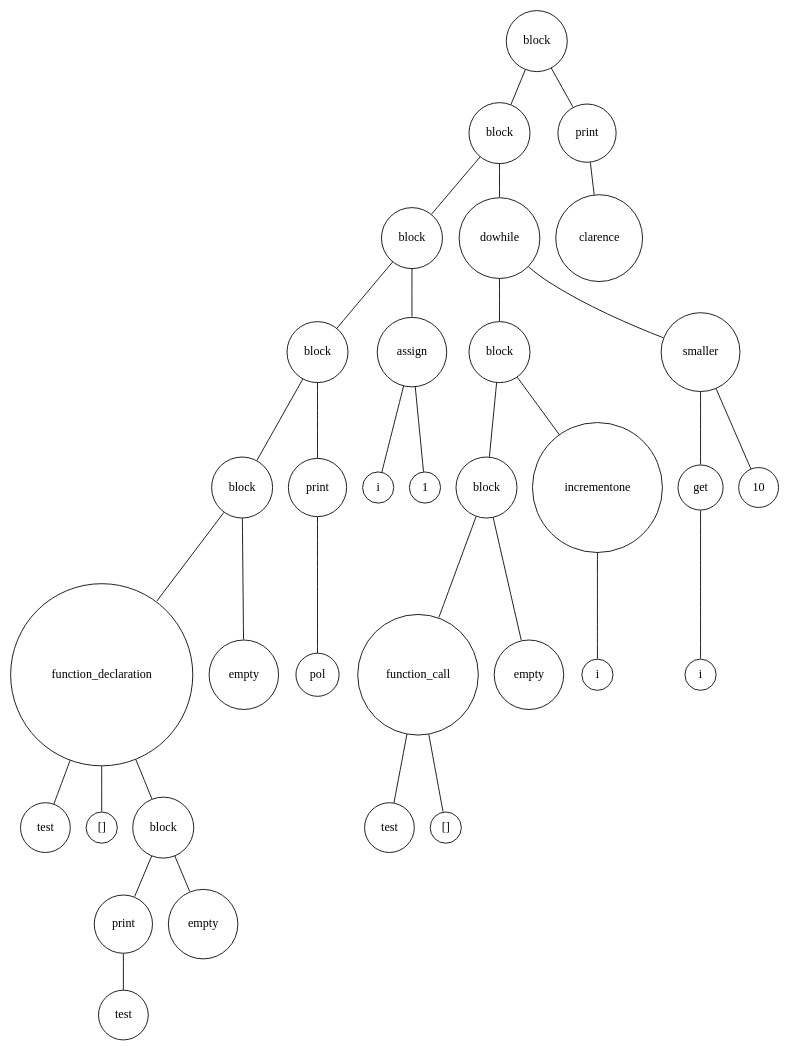
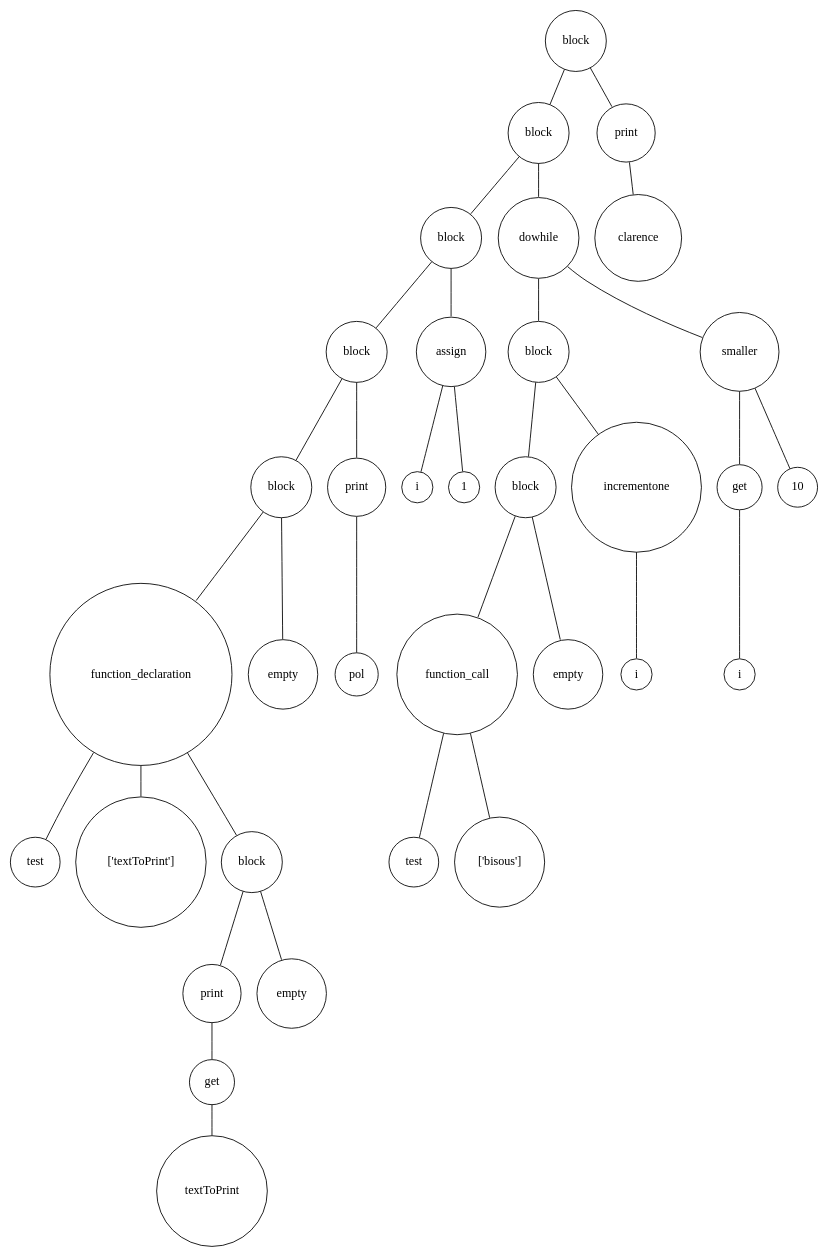
One commit to Trevodorax/ply-custom-language changed the diagram in Digraph.gv. Above: the diagram before and after it, drawn with Graphviz. The commit also changed 4 other files, not shown here.

```diff
--- a/Digraph.gv
+++ b/Digraph.gv
@@ -1,68 +1,70 @@
 digraph {
 	node [shape=circle]
-	"16e40029-1206-4ded-af48-159a86f80e53" [label=block]
-	"e17a63dd-d69f-4a06-9647-ec4ca6936e70" [label=block]
-	"dccac50a-644e-4913-9527-4a03ab2979d3" [label=block]
-	"d9a33441-169b-4bb7-8122-08750bd742c8" [label=block]
-	"22f85b89-acc3-4006-a43a-dc0d791e7fdc" [label=block]
-	"877df05b-2df6-4436-ab31-e2862b5064ef" [label=function_declaration]
-	"5cd28f54-683d-43e0-a666-23159147b4c6" [label=test]
-	"877df05b-2df6-4436-ab31-e2862b5064ef" -> "5cd28f54-683d-43e0-a666-23159147b4c6" [arrowsize=0]
-	"059e8e60-6f98-457f-94d8-ca35f431e14f" [label="[]"]
-	"877df05b-2df6-4436-ab31-e2862b5064ef" -> "059e8e60-6f98-457f-94d8-ca35f431e14f" [arrowsize=0]
-	"5d2f029f-d997-4dd1-8134-5c50d886ae5b" [label=block]
-	"ba2e235d-a106-486f-a8f0-35529745cb68" [label=print]
-	"dcf8fbe2-15cb-485d-8c9b-7357f02db87a" [label=test]
-	"ba2e235d-a106-486f-a8f0-35529745cb68" -> "dcf8fbe2-15cb-485d-8c9b-7357f02db87a" [arrowsize=0]
-	"5d2f029f-d997-4dd1-8134-5c50d886ae5b" -> "ba2e235d-a106-486f-a8f0-35529745cb68" [arrowsize=0]
-	"189da81d-e261-461b-ad44-6005db851248" [label=empty]
-	"5d2f029f-d997-4dd1-8134-5c50d886ae5b" -> "189da81d-e261-461b-ad44-6005db851248" [arrowsize=0]
-	"877df05b-2df6-4436-ab31-e2862b5064ef" -> "5d2f029f-d997-4dd1-8134-5c50d886ae5b" [arrowsize=0]
-	"22f85b89-acc3-4006-a43a-dc0d791e7fdc" -> "877df05b-2df6-4436-ab31-e2862b5064ef" [arrowsize=0]
-	"ec9e7dd7-db50-47ea-8a93-a07a9014ca8d" [label=empty]
-	"22f85b89-acc3-4006-a43a-dc0d791e7fdc" -> "ec9e7dd7-db50-47ea-8a93-a07a9014ca8d" [arrowsize=0]
-	"d9a33441-169b-4bb7-8122-08750bd742c8" -> "22f85b89-acc3-4006-a43a-dc0d791e7fdc" [arrowsize=0]
-	"69c5e89c-4bb8-401b-8b7b-ad3e756c67c6" [label=print]
-	"b029c883-2548-4cfd-ac08-aa80b56d0d0b" [label=pol]
-	"69c5e89c-4bb8-401b-8b7b-ad3e756c67c6" -> "b029c883-2548-4cfd-ac08-aa80b56d0d0b" [arrowsize=0]
-	"d9a33441-169b-4bb7-8122-08750bd742c8" -> "69c5e89c-4bb8-401b-8b7b-ad3e756c67c6" [arrowsize=0]
-	"dccac50a-644e-4913-9527-4a03ab2979d3" -> "d9a33441-169b-4bb7-8122-08750bd742c8" [arrowsize=0]
-	"7120e49c-a9ef-44a6-baf1-0b4e3780c883" [label=assign]
-	"bf00380f-36a7-4188-8879-e6304b0bcd55" [label=i]
-	"7120e49c-a9ef-44a6-baf1-0b4e3780c883" -> "bf00380f-36a7-4188-8879-e6304b0bcd55" [arrowsize=0]
-	"d3e30189-85a0-43b0-859c-1f1e3ada1aa8" [label=1]
-	"7120e49c-a9ef-44a6-baf1-0b4e3780c883" -> "d3e30189-85a0-43b0-859c-1f1e3ada1aa8" [arrowsize=0]
-	"dccac50a-644e-4913-9527-4a03ab2979d3" -> "7120e49c-a9ef-44a6-baf1-0b4e3780c883" [arrowsize=0]
-	"e17a63dd-d69f-4a06-9647-ec4ca6936e70" -> "dccac50a-644e-4913-9527-4a03ab2979d3" [arrowsize=0]
-	"6606ceb5-39b4-4549-84aa-62842f63c328" [label=dowhile]
-	"10b9c255-c48e-4e03-9eb4-cd3220b049ea" [label=block]
-	"7f5f3b54-15b6-4365-bb0b-fc4cb6ae3980" [label=block]
-	"ea2e7b75-9c0b-40a5-9d6c-40151f7d23f5" [label=function_call]
-	"026b92f9-043b-4ddc-bed5-ed13467e376e" [label=test]
-	"ea2e7b75-9c0b-40a5-9d6c-40151f7d23f5" -> "026b92f9-043b-4ddc-bed5-ed13467e376e" [arrowsize=0]
-	"df7d1b33-9182-454a-b3ae-5d7d36c289ec" [label="[]"]
-	"ea2e7b75-9c0b-40a5-9d6c-40151f7d23f5" -> "df7d1b33-9182-454a-b3ae-5d7d36c289ec" [arrowsize=0]
-	"7f5f3b54-15b6-4365-bb0b-fc4cb6ae3980" -> "ea2e7b75-9c0b-40a5-9d6c-40151f7d23f5" [arrowsize=0]
-	"c8ab23d1-5710-4c4c-af6c-b09ff7cdd541" [label=empty]
-	"7f5f3b54-15b6-4365-bb0b-fc4cb6ae3980" -> "c8ab23d1-5710-4c4c-af6c-b09ff7cdd541" [arrowsize=0]
-	"10b9c255-c48e-4e03-9eb4-cd3220b049ea" -> "7f5f3b54-15b6-4365-bb0b-fc4cb6ae3980" [arrowsize=0]
-	"a9c0dde1-a718-44e7-855e-8c043b5a92cf" [label=incrementone]
-	"dffa8f87-1d97-4a6a-814b-f07643b35c15" [label=i]
-	"a9c0dde1-a718-44e7-855e-8c043b5a92cf" -> "dffa8f87-1d97-4a6a-814b-f07643b35c15" [arrowsize=0]
-	"10b9c255-c48e-4e03-9eb4-cd3220b049ea" -> "a9c0dde1-a718-44e7-855e-8c043b5a92cf" [arrowsize=0]
-	"6606ceb5-39b4-4549-84aa-62842f63c328" -> "10b9c255-c48e-4e03-9eb4-cd3220b049ea" [arrowsize=0]
-	"a88ee47e-e5c2-47c9-aa4f-e71ae2a81a1e" [label=smaller]
-	"b27c2998-e1a5-479c-9e72-5711b12d5c41" [label=get]
-	"da3cee7c-0c16-4e64-b989-3d29cd563791" [label=i]
-	"b27c2998-e1a5-479c-9e72-5711b12d5c41" -> "da3cee7c-0c16-4e64-b989-3d29cd563791" [arrowsize=0]
-	"a88ee47e-e5c2-47c9-aa4f-e71ae2a81a1e" -> "b27c2998-e1a5-479c-9e72-5711b12d5c41" [arrowsize=0]
-	"c9115135-69a7-4ca7-81af-e1eee521b34e" [label=10]
-	"a88ee47e-e5c2-47c9-aa4f-e71ae2a81a1e" -> "c9115135-69a7-4ca7-81af-e1eee521b34e" [arrowsize=0]
-	"6606ceb5-39b4-4549-84aa-62842f63c328" -> "a88ee47e-e5c2-47c9-aa4f-e71ae2a81a1e" [arrowsize=0]
-	"e17a63dd-d69f-4a06-9647-ec4ca6936e70" -> "6606ceb5-39b4-4549-84aa-62842f63c328" [arrowsize=0]
-	"16e40029-1206-4ded-af48-159a86f80e53" -> "e17a63dd-d69f-4a06-9647-ec4ca6936e70" [arrowsize=0]
-	"2c7b5018-8d69-456d-b38b-3f18faeaf1ab" [label=print]
-	"10b028cb-5c42-4b7f-904a-bcb03136b4bb" [label=clarence]
-	"2c7b5018-8d69-456d-b38b-3f18faeaf1ab" -> "10b028cb-5c42-4b7f-904a-bcb03136b4bb" [arrowsize=0]
-	"16e40029-1206-4ded-af48-159a86f80e53" -> "2c7b5018-8d69-456d-b38b-3f18faeaf1ab" [arrowsize=0]
+	"efdc6b03-6773-40f7-8743-cb6b1fd0ed04" [label=block]
+	"104f05bc-5747-49a8-b15d-5a48b1872026" [label=block]
+	"cc54b1b7-89e6-43a9-8b56-fb2d3bcde842" [label=block]
+	"40e0f062-c305-4e56-9824-d7a1e4cb4142" [label=block]
+	"50aa76c3-4aa4-4c57-8ff4-e68279a300b1" [label=block]
+	"26af12c7-baa0-4f12-a39f-c832113c5920" [label=function_declaration]
+	"087098b9-8dd0-46c0-a39a-0bc7a0bd3f06" [label=test]
+	"26af12c7-baa0-4f12-a39f-c832113c5920" -> "087098b9-8dd0-46c0-a39a-0bc7a0bd3f06" [arrowsize=0]
+	"8bbc03c6-cf32-484b-8ee9-915312cbe374" [label="['textToPrint']"]
+	"26af12c7-baa0-4f12-a39f-c832113c5920" -> "8bbc03c6-cf32-484b-8ee9-915312cbe374" [arrowsize=0]
+	"a3e8a50a-6b57-4388-94cc-0fd66f670e4a" [label=block]
+	"b785dffe-d394-45d9-b035-483c75659690" [label=print]
+	"aed89a74-b3b5-4101-8399-a48fadb4a897" [label=get]
+	"8b1c6f87-c2bc-4447-828b-99c6cd11fc63" [label=textToPrint]
+	"aed89a74-b3b5-4101-8399-a48fadb4a897" -> "8b1c6f87-c2bc-4447-828b-99c6cd11fc63" [arrowsize=0]
+	"b785dffe-d394-45d9-b035-483c75659690" -> "aed89a74-b3b5-4101-8399-a48fadb4a897" [arrowsize=0]
+	"a3e8a50a-6b57-4388-94cc-0fd66f670e4a" -> "b785dffe-d394-45d9-b035-483c75659690" [arrowsize=0]
+	"9ca67804-3fe9-4dfa-ad62-4491644eeb63" [label=empty]
+	"a3e8a50a-6b57-4388-94cc-0fd66f670e4a" -> "9ca67804-3fe9-4dfa-ad62-4491644eeb63" [arrowsize=0]
+	"26af12c7-baa0-4f12-a39f-c832113c5920" -> "a3e8a50a-6b57-4388-94cc-0fd66f670e4a" [arrowsize=0]
+	"50aa76c3-4aa4-4c57-8ff4-e68279a300b1" -> "26af12c7-baa0-4f12-a39f-c832113c5920" [arrowsize=0]
+	"4cd3ce4c-76f7-4761-8ee7-216cc6a3fdad" [label=empty]
+	"50aa76c3-4aa4-4c57-8ff4-e68279a300b1" -> "4cd3ce4c-76f7-4761-8ee7-216cc6a3fdad" [arrowsize=0]
+	"40e0f062-c305-4e56-9824-d7a1e4cb4142" -> "50aa76c3-4aa4-4c57-8ff4-e68279a300b1" [arrowsize=0]
+	"6865c71a-094d-4e27-9cbd-f2e641803f6d" [label=print]
+	"afbe6783-1f4c-4499-98c1-46f6e2a09847" [label=pol]
+	"6865c71a-094d-4e27-9cbd-f2e641803f6d" -> "afbe6783-1f4c-4499-98c1-46f6e2a09847" [arrowsize=0]
+	"40e0f062-c305-4e56-9824-d7a1e4cb4142" -> "6865c71a-094d-4e27-9cbd-f2e641803f6d" [arrowsize=0]
+	"cc54b1b7-89e6-43a9-8b56-fb2d3bcde842" -> "40e0f062-c305-4e56-9824-d7a1e4cb4142" [arrowsize=0]
+	"414cb1cc-3475-4f5f-a01d-a11c40c2e672" [label=assign]
+	"65f6e613-f124-4991-9a17-7e0cbc59e4e8" [label=i]
+	"414cb1cc-3475-4f5f-a01d-a11c40c2e672" -> "65f6e613-f124-4991-9a17-7e0cbc59e4e8" [arrowsize=0]
+	"1b7b1980-9088-41b1-b070-3419c546c944" [label=1]
+	"414cb1cc-3475-4f5f-a01d-a11c40c2e672" -> "1b7b1980-9088-41b1-b070-3419c546c944" [arrowsize=0]
+	"cc54b1b7-89e6-43a9-8b56-fb2d3bcde842" -> "414cb1cc-3475-4f5f-a01d-a11c40c2e672" [arrowsize=0]
+	"104f05bc-5747-49a8-b15d-5a48b1872026" -> "cc54b1b7-89e6-43a9-8b56-fb2d3bcde842" [arrowsize=0]
+	"18a7ac18-003f-404f-93d0-900d28c30757" [label=dowhile]
+	"5d32583a-d955-4435-8b32-ab283e2b51ec" [label=block]
+	"4227a820-d828-48f0-a34a-f96b35e103fc" [label=block]
+	"3629cfcf-1d05-4cd7-b9a5-1131c4c6aab3" [label=function_call]
+	"3d048e1a-4ee1-419c-af2c-1449d761c0b9" [label=test]
+	"3629cfcf-1d05-4cd7-b9a5-1131c4c6aab3" -> "3d048e1a-4ee1-419c-af2c-1449d761c0b9" [arrowsize=0]
+	"72424da1-b951-4b6e-85d7-3c0b10a8c132" [label="['bisous']"]
+	"3629cfcf-1d05-4cd7-b9a5-1131c4c6aab3" -> "72424da1-b951-4b6e-85d7-3c0b10a8c132" [arrowsize=0]
+	"4227a820-d828-48f0-a34a-f96b35e103fc" -> "3629cfcf-1d05-4cd7-b9a5-1131c4c6aab3" [arrowsize=0]
+	"d2c97133-d64a-4365-95c9-7fcf0d94e886" [label=empty]
+	"4227a820-d828-48f0-a34a-f96b35e103fc" -> "d2c97133-d64a-4365-95c9-7fcf0d94e886" [arrowsize=0]
+	"5d32583a-d955-4435-8b32-ab283e2b51ec" -> "4227a820-d828-48f0-a34a-f96b35e103fc" [arrowsize=0]
+	"3eb2ecbc-4f99-473a-85e6-e67edafa7646" [label=incrementone]
+	"4a50329c-f917-49c2-b6dc-92551faf2d3b" [label=i]
+	"3eb2ecbc-4f99-473a-85e6-e67edafa7646" -> "4a50329c-f917-49c2-b6dc-92551faf2d3b" [arrowsize=0]
+	"5d32583a-d955-4435-8b32-ab283e2b51ec" -> "3eb2ecbc-4f99-473a-85e6-e67edafa7646" [arrowsize=0]
+	"18a7ac18-003f-404f-93d0-900d28c30757" -> "5d32583a-d955-4435-8b32-ab283e2b51ec" [arrowsize=0]
+	"6bc18b27-66a7-4d9f-a185-91d5efb64559" [label=smaller]
+	"0fe89dd8-9549-4c5f-866f-0a458421ffc3" [label=get]
+	"016dea22-532a-4b9b-8b39-cf2f449e446e" [label=i]
+	"0fe89dd8-9549-4c5f-866f-0a458421ffc3" -> "016dea22-532a-4b9b-8b39-cf2f449e446e" [arrowsize=0]
+	"6bc18b27-66a7-4d9f-a185-91d5efb64559" -> "0fe89dd8-9549-4c5f-866f-0a458421ffc3" [arrowsize=0]
+	"82698baf-8a1f-4302-8ef7-631616b15df1" [label=10]
+	"6bc18b27-66a7-4d9f-a185-91d5efb64559" -> "82698baf-8a1f-4302-8ef7-631616b15df1" [arrowsize=0]
+	"18a7ac18-003f-404f-93d0-900d28c30757" -> "6bc18b27-66a7-4d9f-a185-91d5efb64559" [arrowsize=0]
+	"104f05bc-5747-49a8-b15d-5a48b1872026" -> "18a7ac18-003f-404f-93d0-900d28c30757" [arrowsize=0]
+	"efdc6b03-6773-40f7-8743-cb6b1fd0ed04" -> "104f05bc-5747-49a8-b15d-5a48b1872026" [arrowsize=0]
+	"fdc3b4c8-b1d1-435c-b24a-9c5606f318be" [label=print]
+	"9f2801b2-b5a9-4e61-9565-bd049e5ce4b5" [label=clarence]
+	"fdc3b4c8-b1d1-435c-b24a-9c5606f318be" -> "9f2801b2-b5a9-4e61-9565-bd049e5ce4b5" [arrowsize=0]
+	"efdc6b03-6773-40f7-8743-cb6b1fd0ed04" -> "fdc3b4c8-b1d1-435c-b24a-9c5606f318be" [arrowsize=0]
 }
```
